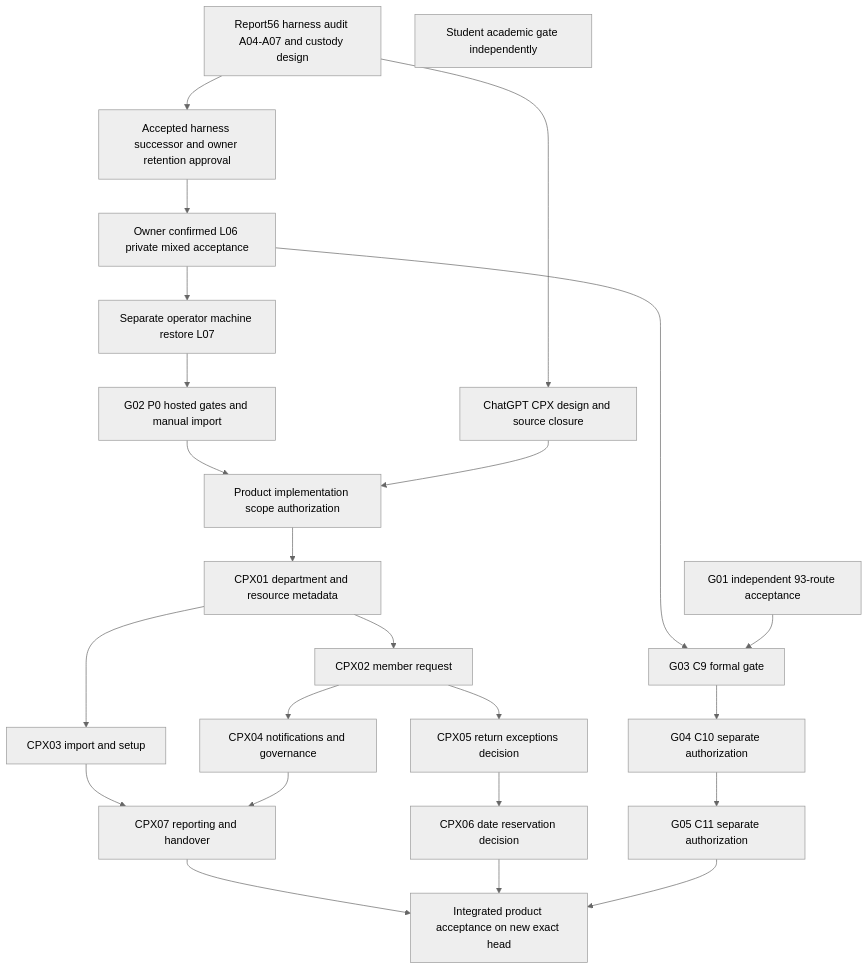
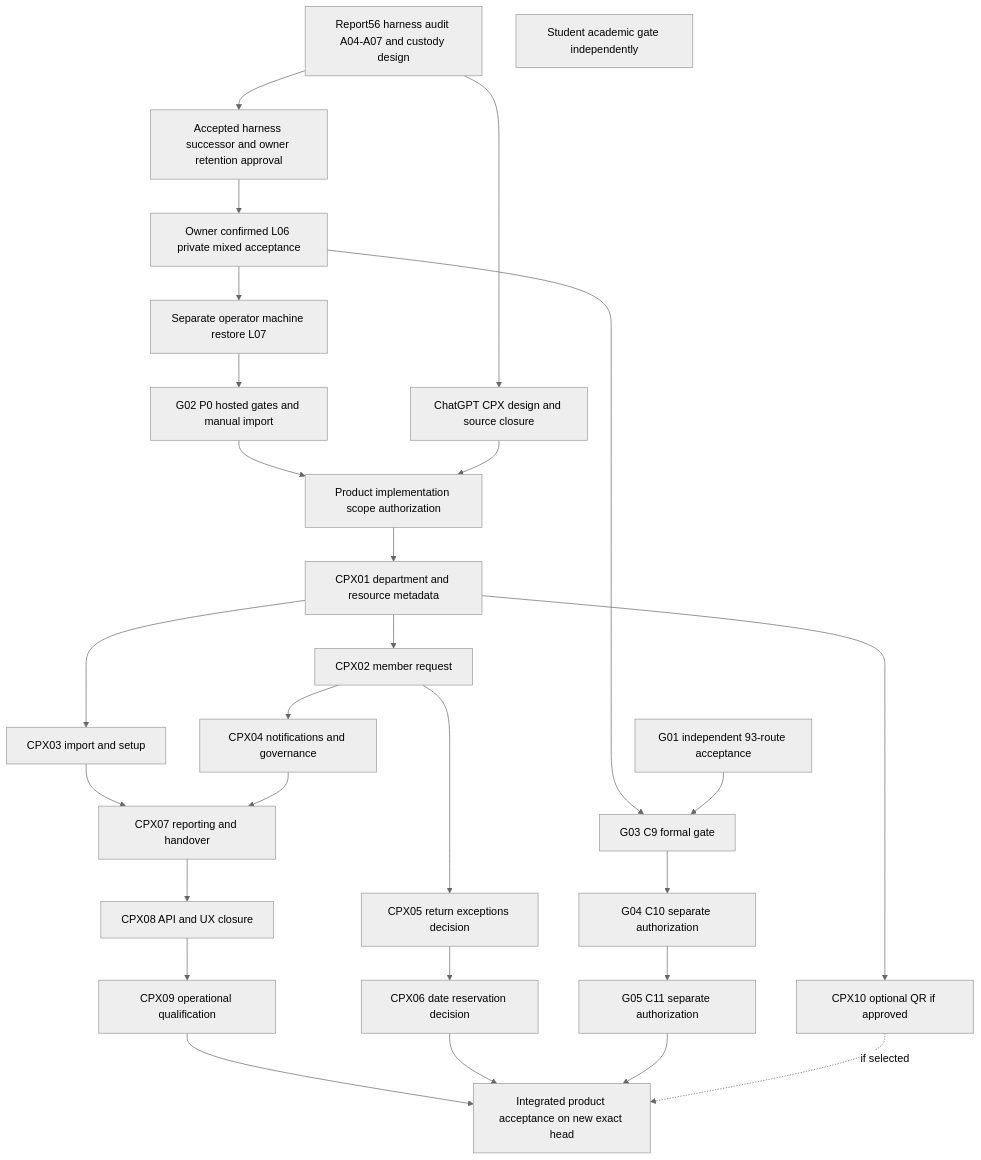
One commit to newonathe/OrgResource changed the first of 2 diagrams in docs/handoffs/claude-local-execution-2026-11-24/58_PRODUCT_COMPLETION_PROGRAM.md. Above: the diagram before and after it, drawn with Mermaid (neutral theme).

Commit message:
docs: include API, operations and optional QR in completion graph

````diff
--- a/docs/handoffs/claude-local-execution-2026-11-24/58_PRODUCT_COMPLETION_PROGRAM.md
+++ b/docs/handoffs/claude-local-execution-2026-11-24/58_PRODUCT_COMPLETION_PROGRAM.md
@@ -15,26 +15,30 @@
 ```mermaid
 flowchart TD
  A[Report56 harness audit A04-A07 and custody design] --> B[Accepted harness successor and owner retention approval]
  B --> L06[Owner confirmed L06 private mixed acceptance]
  L06 --> L07[Separate operator machine restore L07]
  L06 --> G03[G03 C9 formal gate]
  G01[G01 independent 93-route acceptance] --> G03
  L07 --> G02[G02 P0 hosted gates and manual import]
  G03 --> G04[G04 C10 separate authorization]
  G04 --> G05[G05 C11 separate authorization]
  G02 --> D[Product implementation scope authorization]
  P[ChatGPT CPX design and source closure] --> D
  D --> D1[CPX01 department and resource metadata]
  D1 --> D2[CPX02 member request]
  D1 --> D3[CPX03 import and setup]
  D2 --> D4[CPX04 notifications and governance]
  D2 --> D5[CPX05 return exceptions decision]
  D5 --> D6[CPX06 date reservation decision]
  D3 --> D7[CPX07 reporting and handover]
  D4 --> D7
- D7 --> E[Integrated product acceptance on new exact head]
+ D7 --> D8[CPX08 API and UX closure]
+ D8 --> D9[CPX09 operational qualification]
+ D9 --> E[Integrated product acceptance on new exact head]
  D6 --> E
  G05 --> E
+ D1 --> D10[CPX10 optional QR if approved]
+ D10 -. if selected .-> E
  A --> P
  G07[Student academic gate independently]
 ```
````
